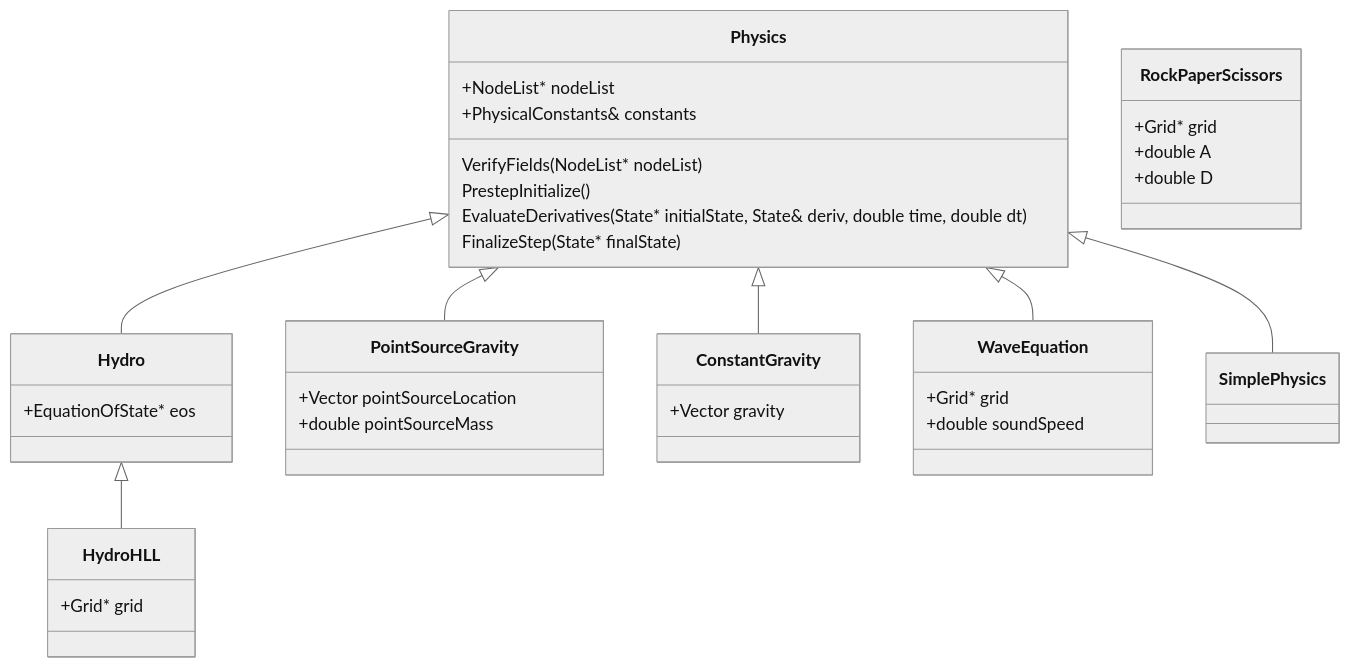
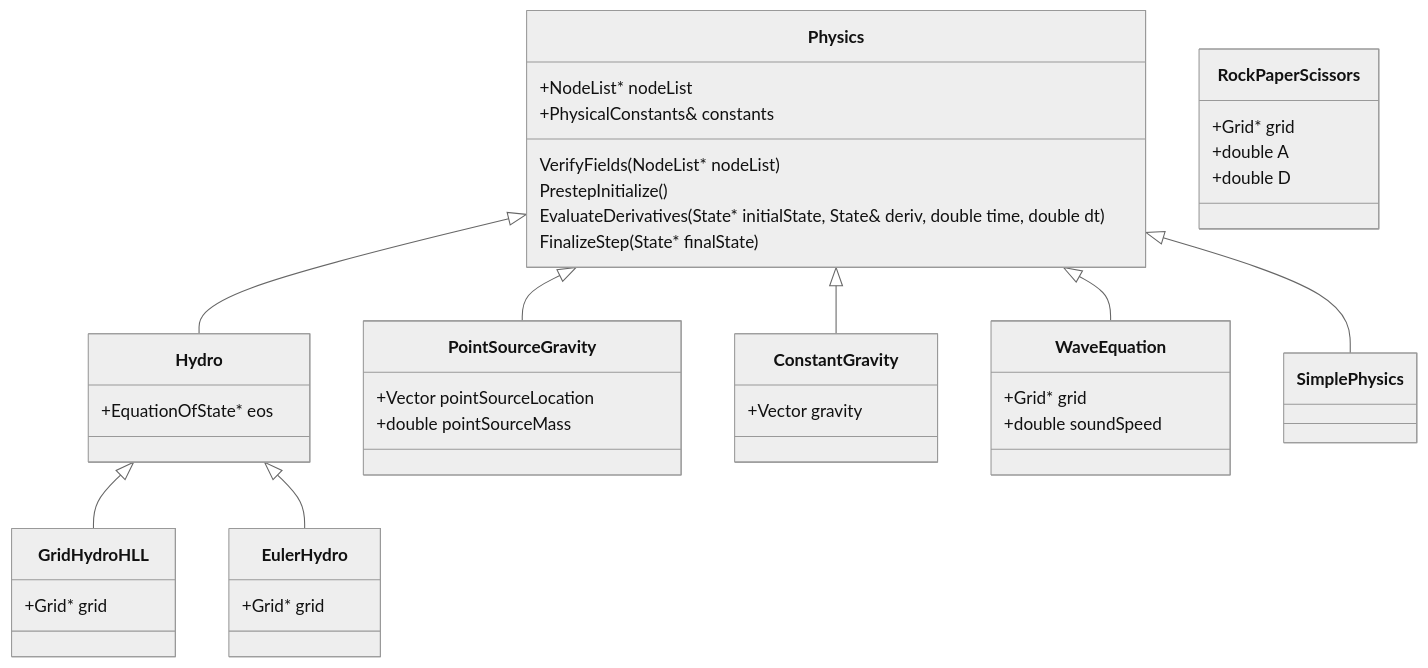
The diagram in src/Physics/Classes.md (antimatterhorn/nidhoggr), drawn with Mermaid (neutral theme) before and after one commit.

Commit message:
updated classes.md for physics

````diff
--- a/src/Physics/Classes.md
+++ b/src/Physics/Classes.md
@@ -2,40 +2,44 @@
 ```mermaid
 classDiagram
     Physics <|-- Hydro
     Physics <|-- PointSourceGravity
     Physics <|-- ConstantGravity
     Physics <|-- WaveEquation
     Physics : +NodeList* nodeList
     Physics : +PhysicalConstants& constants
     Physics : VerifyFields(NodeList* nodeList)
     Physics : PrestepInitialize()
     Physics : EvaluateDerivatives(State* initialState, State<dim>& deriv, double time, double dt)
     Physics : FinalizeStep(State* finalState)
     class PointSourceGravity{
         +Vector pointSourceLocation
         +double pointSourceMass
     }
     class ConstantGravity{
         +Vector gravity
     }
     class Hydro{
         +EquationOfState* eos
     }
     Physics <|-- SimplePhysics
     class SimplePhysics{
         
     }
     class WaveEquation{
         +Grid* grid
         +double soundSpeed
     }
     class RockPaperScissors{
         +Grid* grid
         +double A
         +double D
     }
-    Hydro <| -- HydroHLL
-    class HydroHLL{
+    Hydro <| -- GridHydroHLL
+    class GridHydroHLL{
+        +Grid* grid
+    }
+    Hydro <| -- EulerHydro
+    class EulerHydro{
         +Grid* grid
     }
 ```
````
